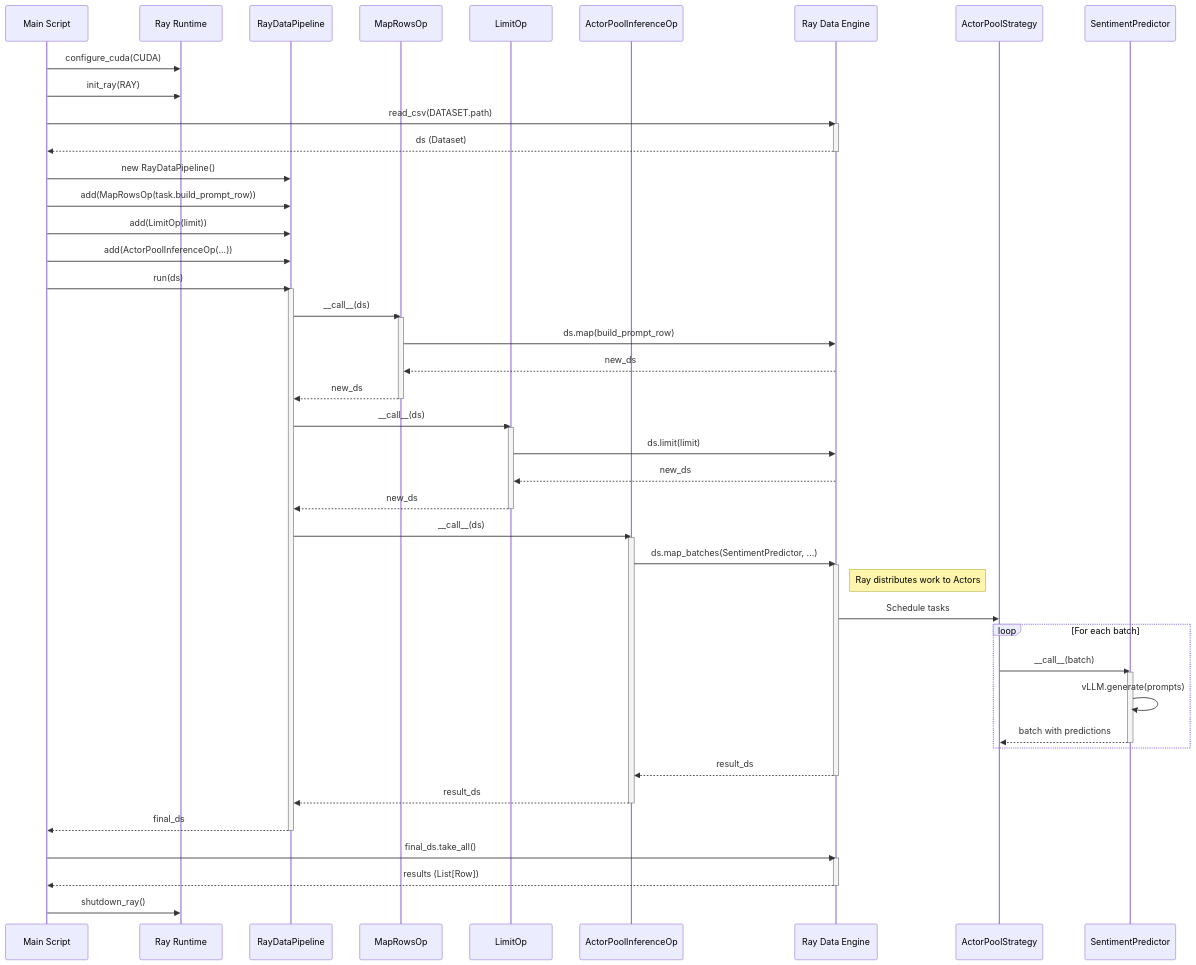
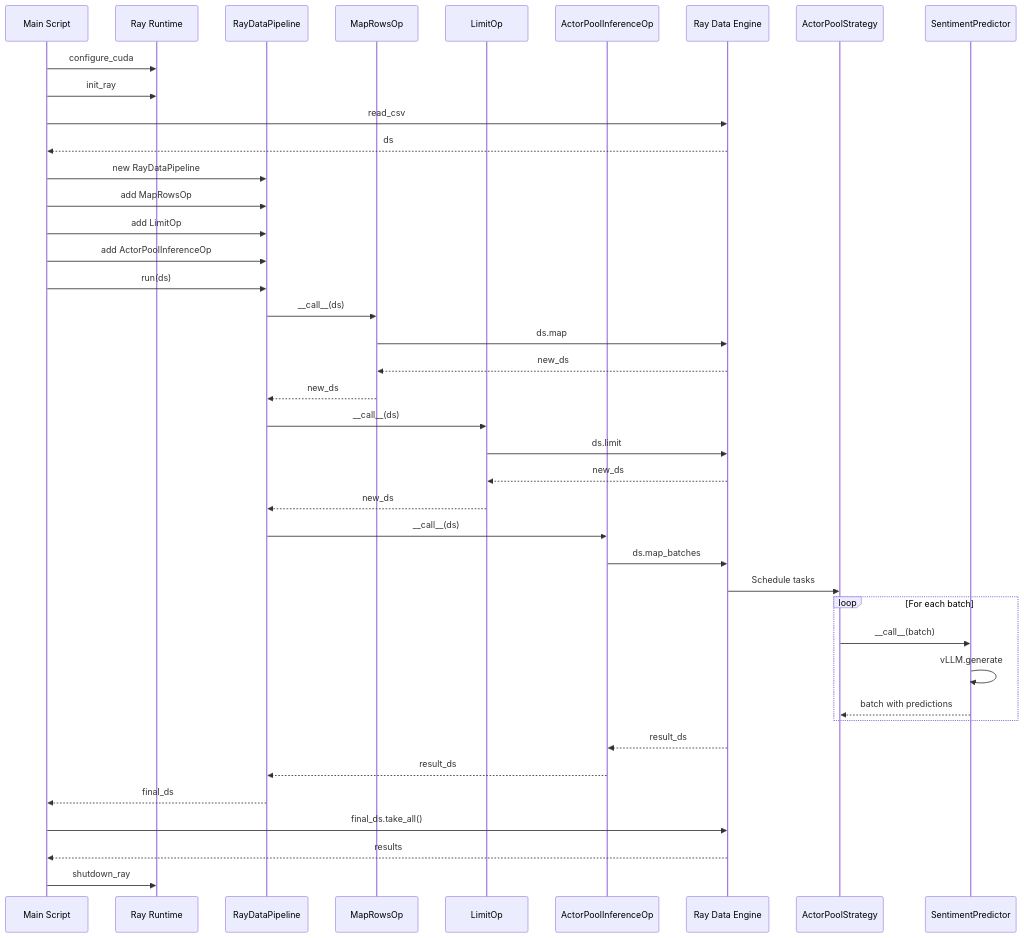
One commit to GentleCold/DaseR changed the diagram in mermaid/sequence_diagram.mmd. Above: the diagram before and after it, drawn with Mermaid. The commit also changed 2 other files, not shown here.

Commit message:
fix: Simplify mermaid syntax for compatibility

```diff
--- a/mermaid/sequence_diagram.mmd
+++ b/mermaid/sequence_diagram.mmd
@@ -1,74 +1,52 @@
 sequenceDiagram
     participant User as Main Script
     participant RayRuntime as Ray Runtime
     participant Pipe as RayDataPipeline
     participant MapOp as MapRowsOp
     participant LimitOp as LimitOp
     participant InferOp as ActorPoolInferenceOp
     participant RayData as Ray Data Engine
     participant ActorPool as ActorPoolStrategy
     participant Predictor as SentimentPredictor
 
-    %% Initialization
-    User->>RayRuntime: configure_cuda(CUDA)
-    User->>RayRuntime: init_ray(RAY)
-    User->>RayData: read_csv(DATASET.path)
-    activate RayData
-    RayData-->>User: ds (Dataset)
-    deactivate RayData
+    User->>RayRuntime: configure_cuda
+    User->>RayRuntime: init_ray
+    User->>RayData: read_csv
+    RayData-->>User: ds
 
-    %% Pipeline Construction
-    User->>Pipe: new RayDataPipeline()
-    User->>Pipe: add(MapRowsOp(task.build_prompt_row))
-    User->>Pipe: add(LimitOp(limit))
-    User->>Pipe: add(ActorPoolInferenceOp(...))
+    User->>Pipe: new RayDataPipeline
+    User->>Pipe: add MapRowsOp
+    User->>Pipe: add LimitOp
+    User->>Pipe: add ActorPoolInferenceOp
 
-    %% Execution
     User->>Pipe: run(ds)
-    activate Pipe
-
-    %% Step 1: Map
+    
     Pipe->>MapOp: __call__(ds)
-    activate MapOp
-    MapOp->>RayData: ds.map(build_prompt_row)
+    MapOp->>RayData: ds.map
     RayData-->>MapOp: new_ds
     MapOp-->>Pipe: new_ds
-    deactivate MapOp
 
-    %% Step 2: Limit
     Pipe->>LimitOp: __call__(ds)
-    activate LimitOp
-    LimitOp->>RayData: ds.limit(limit)
+    LimitOp->>RayData: ds.limit
     RayData-->>LimitOp: new_ds
     LimitOp-->>Pipe: new_ds
-    deactivate LimitOp
 
-    %% Step 3: Inference
     Pipe->>InferOp: __call__(ds)
-    activate InferOp
-    InferOp->>RayData: ds.map_batches(SentimentPredictor, ...)
-    activate RayData
-    note right of RayData: Ray distributes work to Actors
+    InferOp->>RayData: ds.map_batches
     RayData->>ActorPool: Schedule tasks
+    
     loop For each batch
         ActorPool->>Predictor: __call__(batch)
-        activate Predictor
-        Predictor->>Predictor: vLLM.generate(prompts)
+        Predictor->>Predictor: vLLM.generate
         Predictor-->>ActorPool: batch with predictions
-        deactivate Predictor
     end
+    
     RayData-->>InferOp: result_ds
-    deactivate RayData
     InferOp-->>Pipe: result_ds
-    deactivate InferOp
 
     Pipe-->>User: final_ds
-    deactivate Pipe
 
-    %% Result Consumption
     User->>RayData: final_ds.take_all()
-    activate RayData
-    RayData-->>User: results (List[Row])
-    deactivate RayData
+    RayData-->>User: results
 
-    User->>RayRuntime: shutdown_ray()
+    User->>RayRuntime: shutdown_ray
```
